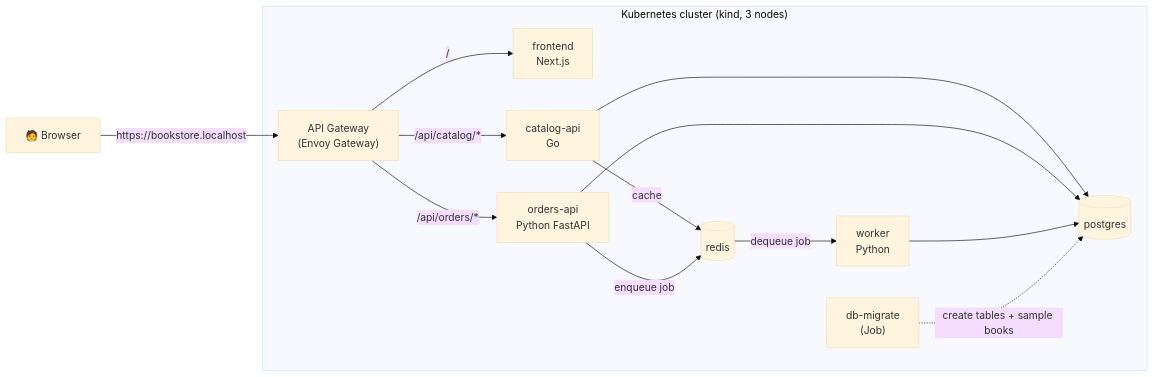
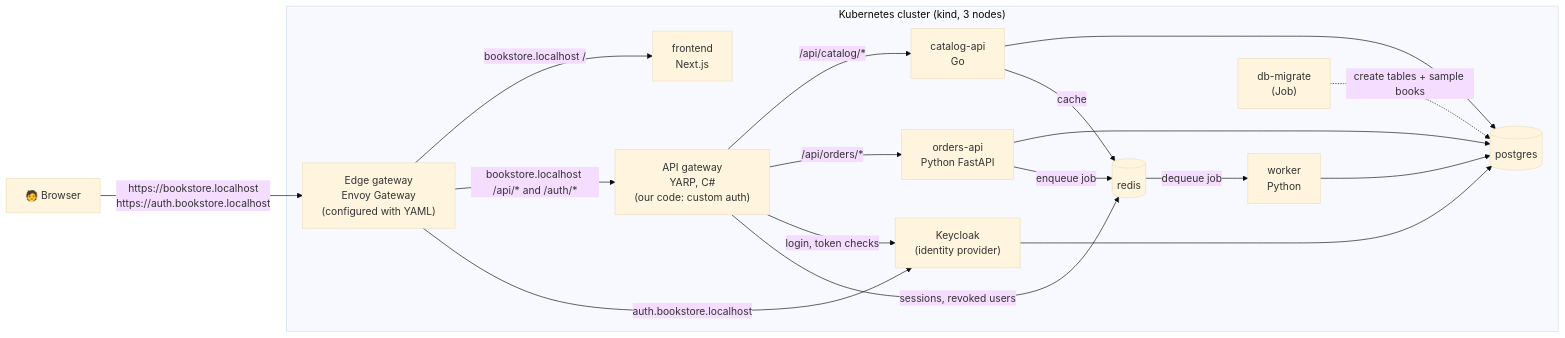
Before and after one commit to RayIci/kubernetes-tutorial: the second of 11 diagrams in docs/00-overview.md, drawn with Mermaid (base theme). The commit also changed other lines of this file and 3 other files, not shown here.

````diff
--- a/docs/00-overview.md
+++ b/docs/00-overview.md
@@ -159,26 +170,35 @@
 ```mermaid
 flowchart LR
-    U["🧑 Browser"] -->|"https://bookstore.localhost"| GW
+    U["🧑 Browser"]
 
     subgraph K8S["Kubernetes cluster (kind, 3 nodes)"]
-        GW["API Gateway<br/>(Envoy Gateway)"]
+        EG["Edge gateway<br/>Envoy Gateway<br/>(configured with YAML)"]
+        AG["API gateway<br/>YARP, C#<br/>(our code: custom auth)"]
+        KC["Keycloak<br/>(identity provider)"]
         FE["frontend<br/>Next.js"]
         CAT["catalog-api<br/>Go"]
         ORD["orders-api<br/>Python FastAPI"]
         WRK["worker<br/>Python"]
         PG[("postgres")]
         RD[("redis")]
         MIG["db-migrate<br/>(Job)"]
 
-        GW -- "/" --> FE
-        GW -- "/api/catalog/*" --> CAT
-        GW -- "/api/orders/*" --> ORD
+        EG -- "bookstore.localhost /" --> FE
+        EG -- "bookstore.localhost /api/* and /auth/*" --> AG
+        EG -- "auth.bookstore.localhost" --> KC
+        AG -- "/api/catalog/*" --> CAT
+        AG -- "/api/orders/*" --> ORD
+        AG -- "login, token checks" --> KC
+        AG -- "sessions, revoked users" --> RD
         CAT --> PG
         CAT -- "cache" --> RD
         ORD --> PG
         ORD -- "enqueue job" --> RD
         RD -- "dequeue job" --> WRK
         WRK --> PG
+        KC --> PG
         MIG -. "create tables + sample books" .-> PG
     end
+
+    U -- "https://bookstore.localhost<br/>https://auth.bookstore.localhost" --> EG
 ```
````
